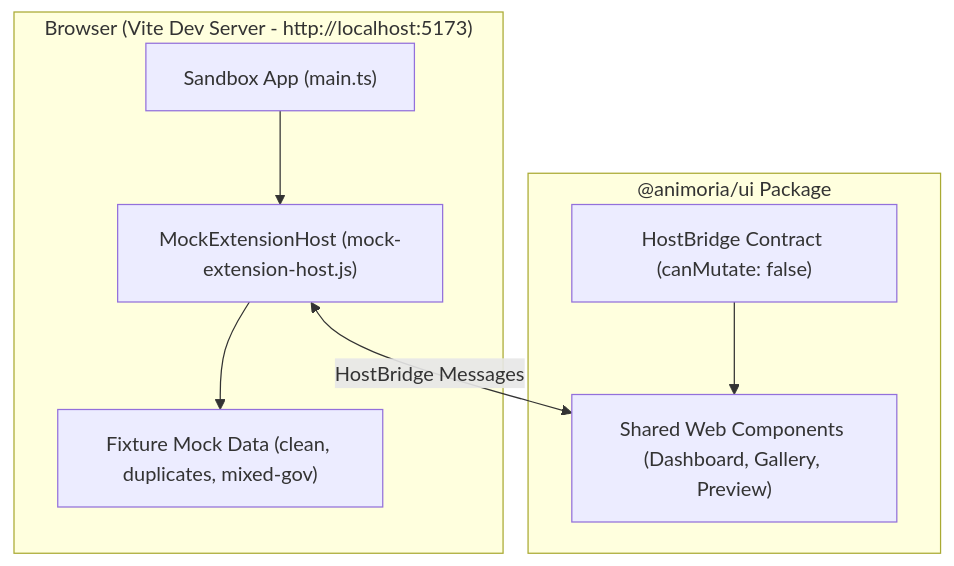
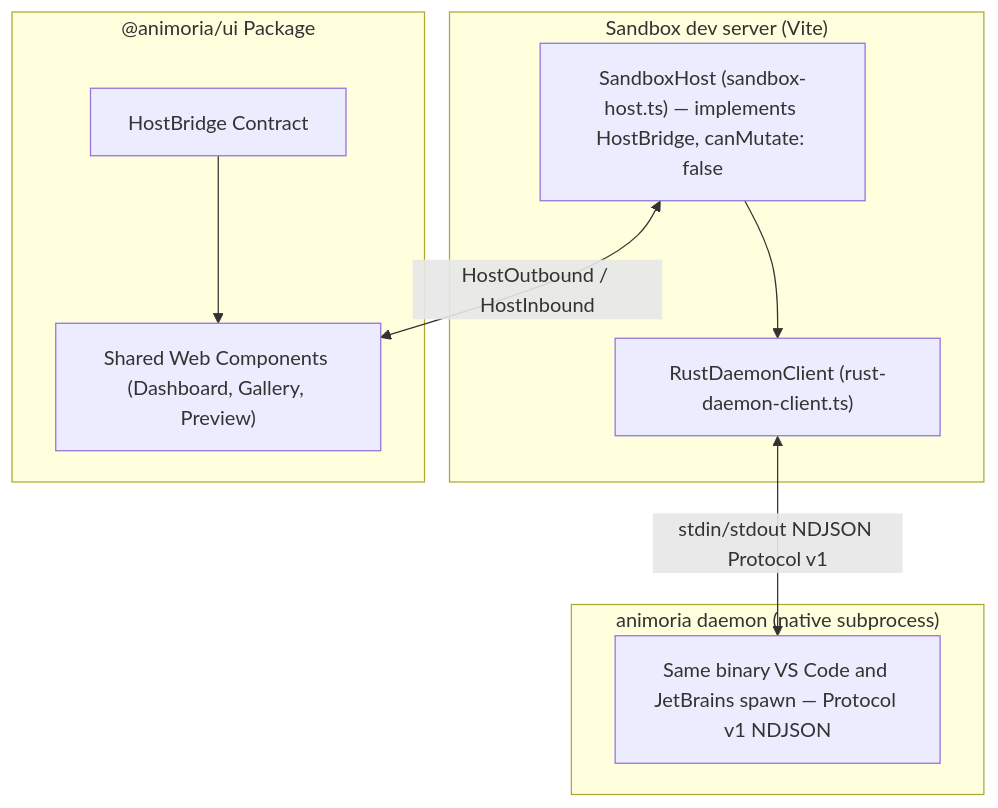
One commit to sxnnyside-project/animoria changed the diagram in docs/guides/15-sandbox-client-parity.md. Above: the diagram before and after it, drawn with Mermaid. The commit also changed other lines of this file and 466 other files, not shown here.

````diff
--- a/docs/guides/15-sandbox-client-parity.md
+++ b/docs/guides/15-sandbox-client-parity.md
@@ -16,18 +16,21 @@
 ```mermaid
 graph TD
-    subgraph BrowserRuntime["Browser (Vite Dev Server - http://localhost:5173)"]
-        SandboxApp["Sandbox App (main.ts)"]
-        MockHost["MockExtensionHost (mock-extension-host.js)"]
-        FixtureData["Fixture Mock Data (clean, duplicates, mixed-gov)"]
+    subgraph BrowserOrNodeRuntime["Sandbox dev server (Vite)"]
+        SandboxHost["SandboxHost (sandbox-host.ts) — implements HostBridge, canMutate: false"]
+        RustClient["RustDaemonClient (rust-daemon-client.ts)"]
+    end
+
+    subgraph DaemonProcess["animoria daemon (native subprocess)"]
+        Daemon["Same binary VS Code and JetBrains spawn — Protocol v1 NDJSON"]
     end
 
     subgraph SharedUI["@animoria/ui Package"]
-        HostBridgeContract["HostBridge Contract (canMutate: false)"]
+        HostBridgeContract["HostBridge Contract"]
         LitComponents["Shared Web Components (Dashboard, Gallery, Preview)"]
     end
 
-    SandboxApp --> MockHost
-    MockHost --> FixtureData
-    MockHost <-->|HostBridge Messages| LitComponents
+    SandboxHost --> RustClient
+    RustClient <-->|stdin/stdout NDJSON Protocol v1| Daemon
+    SandboxHost <-->|HostOutbound / HostInbound| LitComponents
     HostBridgeContract --> LitComponents
 ```
````
